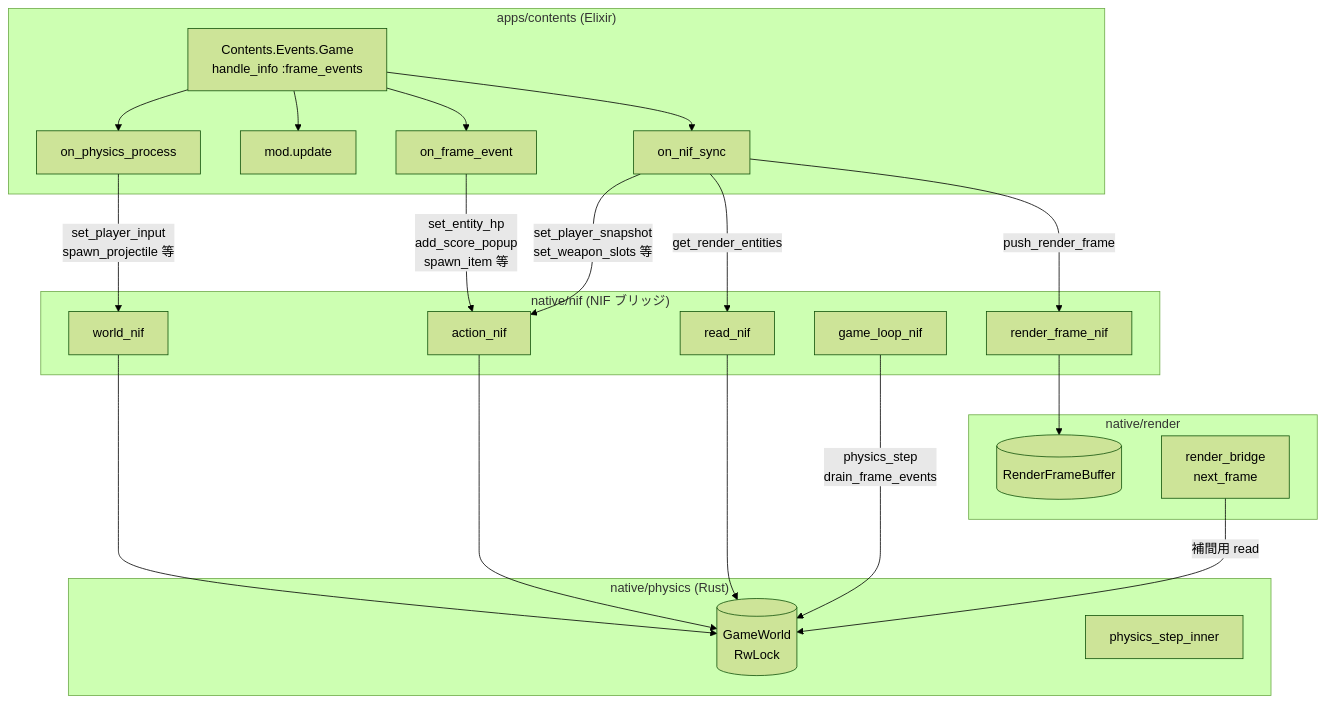
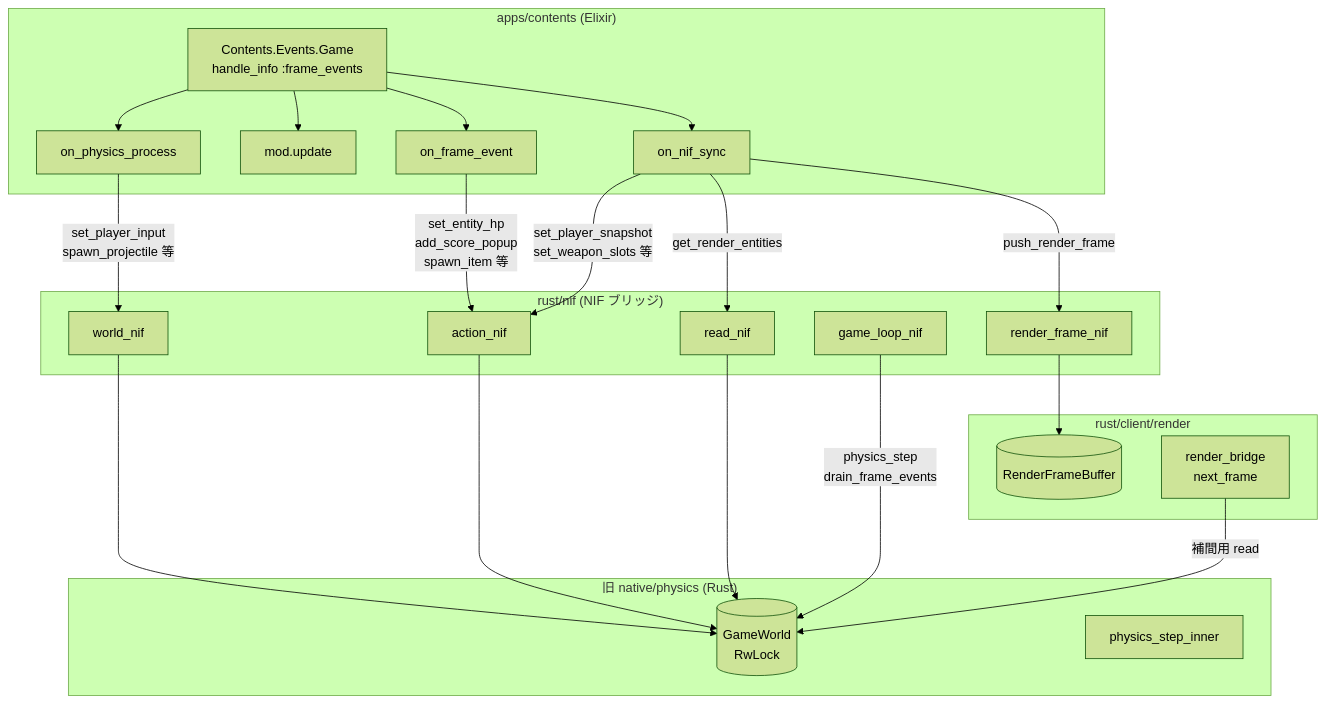
The first of 7 diagrams in docs/architecture/contents-to-physics-bottlenecks.md (FRICK-ELDY/alchemy-engine), drawn with Mermaid (forest theme) before and after one commit. The commit also changed other lines of this file and 122 other files, not shown here.

````diff
--- a/docs/architecture/contents-to-physics-bottlenecks.md
+++ b/docs/architecture/contents-to-physics-bottlenecks.md
@@ -12,46 +12,46 @@
 ```mermaid
 flowchart TB
     subgraph Elixir["apps/contents (Elixir)"]
         GE[Contents.Events.Game<br/>handle_info :frame_events]
         FE[on_frame_event]
         UP[mod.update]
         PP[on_physics_process]
         NS[on_nif_sync]
         
         GE --> FE
         GE --> UP
         GE --> PP
         GE --> NS
     end
     
-    subgraph NIF["native/nif (NIF ブリッジ)"]
+    subgraph NIF["rust/nif (NIF ブリッジ)"]
         WN[world_nif]
         AN[action_nif]
         RN[read_nif]
         RFN[render_frame_nif]
         GL[game_loop_nif]
     end
     
-    subgraph Physics["native/physics (Rust)"]
+    subgraph Physics["旧 native/physics (Rust)"]
         GW[(GameWorld<br/>RwLock)]
         PS[physics_step_inner]
     end
     
-    subgraph Render["native/render"]
+    subgraph Render["rust/client/render"]
         RFB[(RenderFrameBuffer)]
         RB[render_bridge<br/>next_frame]
     end
     
     FE --> |set_entity_hp<br/>add_score_popup<br/>spawn_item 等| AN
     PP --> |set_player_input<br/>spawn_projectile 等| WN
     NS --> |set_player_snapshot<br/>set_weapon_slots 等| AN
     NS --> |get_render_entities| RN
     NS --> |push_render_frame| RFN
     
     WN --> GW
     AN --> GW
     RN --> GW
     GL --> |physics_step<br/>drain_frame_events| GW
     RFN --> RFB
     RB --> |補間用 read| GW
 ```
````
